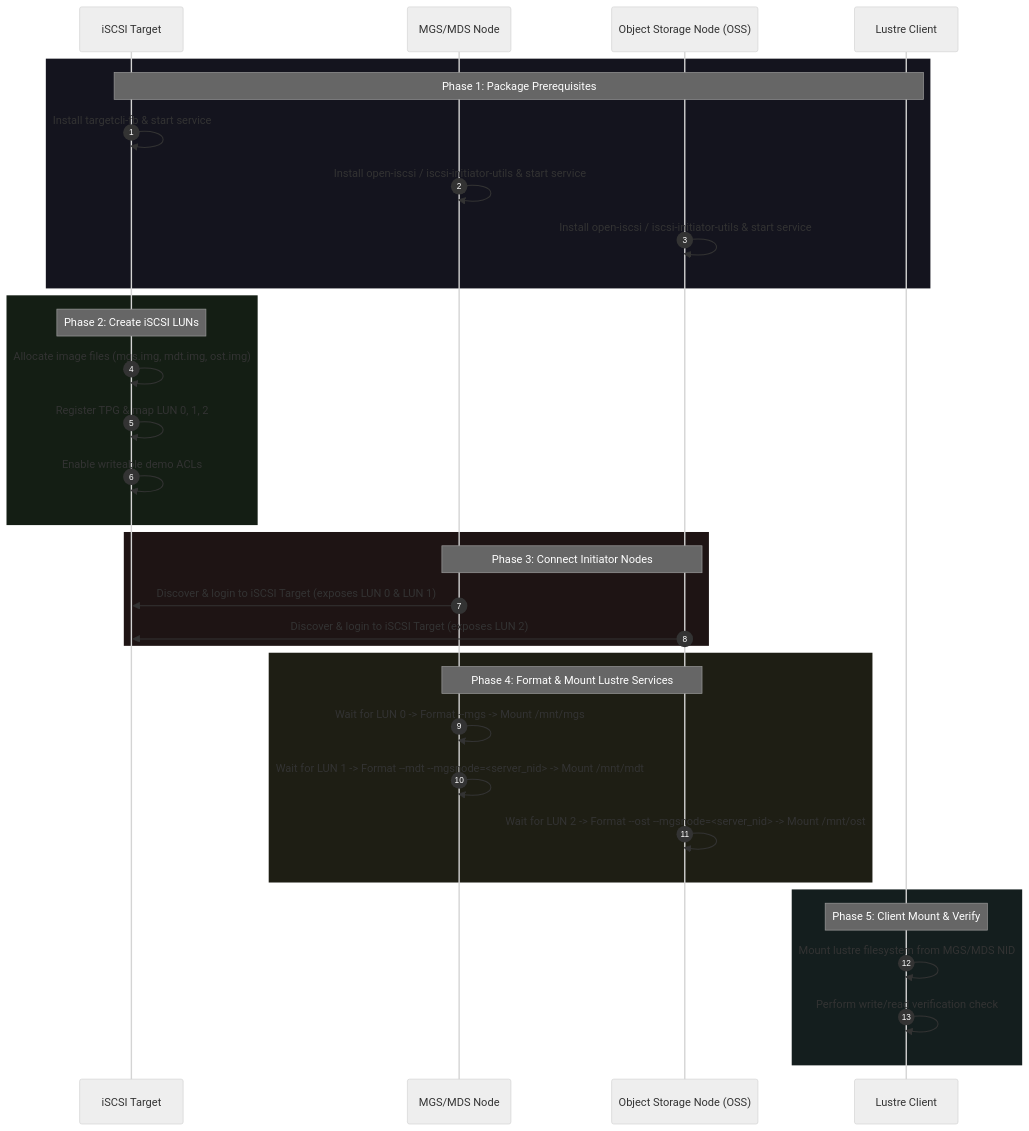
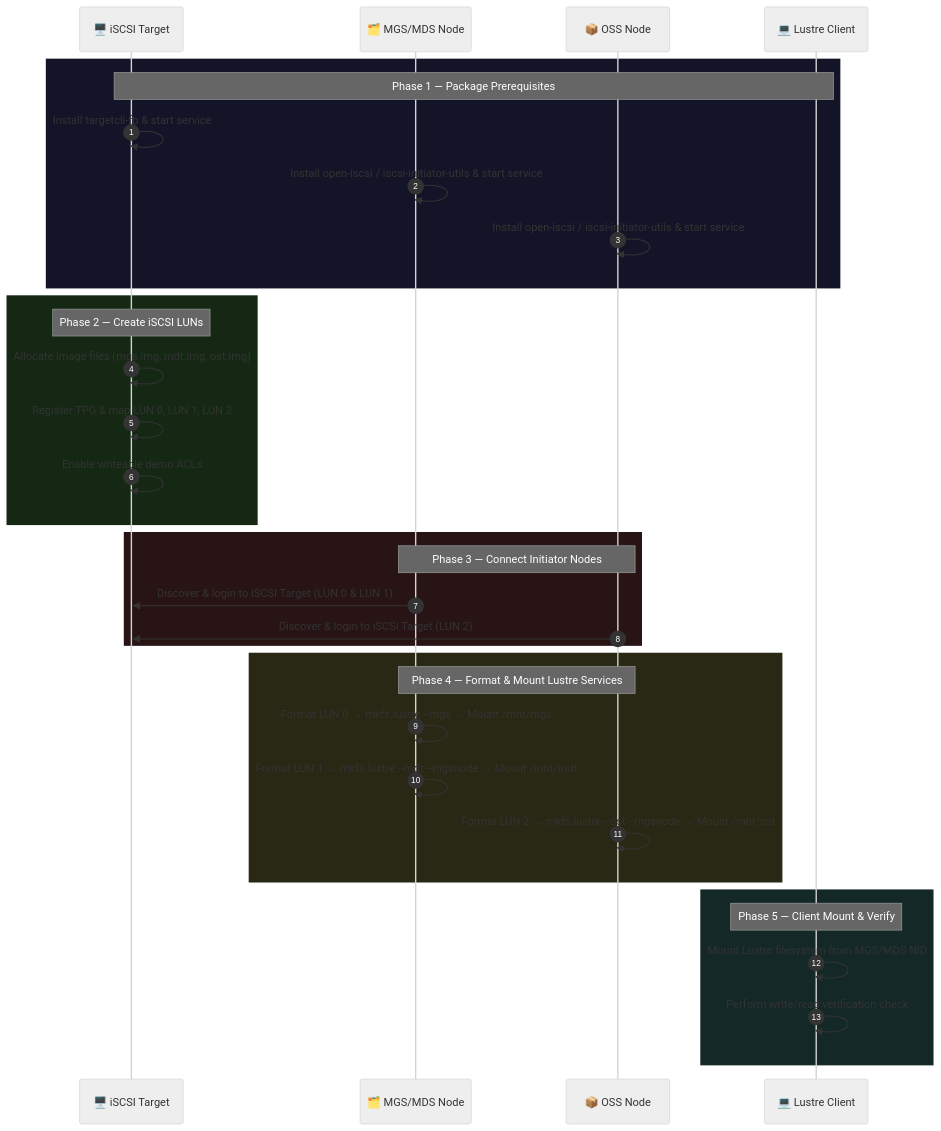
Before and after one commit to RahulPB08/iscsi: the second of 2 diagrams in Readme.md, drawn with Mermaid (neutral theme). The commit also changed other lines of this file and 4 other files, not shown here.

````diff
--- a/Readme.md
+++ b/Readme.md
@@ -37,41 +75,41 @@
 ```mermaid
 sequenceDiagram
     autonumber
-    participant Target as iSCSI Target
-    participant Server as MGS/MDS Node
-    participant OSS as Object Storage Node (OSS)
-    participant Client as Lustre Client
+    participant T  as 🖥️ iSCSI Target
+    participant M  as 🗂️ MGS/MDS Node
+    participant O  as 📦 OSS Node
+    participant C  as 💻 Lustre Client
 
-    rect rgb(20, 20, 30)
-        Note over Target,Client: Phase 1: Package Prerequisites
-        Target->>Target: Install targetcli-fb & start service
-        Server->>Server: Install open-iscsi / iscsi-initiator-utils & start service
-        OSS->>OSS: Install open-iscsi / iscsi-initiator-utils & start service
+    rect rgb(20, 20, 40)
+        Note over T,C: Phase 1 — Package Prerequisites
+        T->>T: Install targetcli-fb & start service
+        M->>M: Install open-iscsi / iscsi-initiator-utils & start service
+        O->>O: Install open-iscsi / iscsi-initiator-utils & start service
     end
 
-    rect rgb(20, 30, 20)
-        Note over Target: Phase 2: Create iSCSI LUNs
-        Target->>Target: Allocate image files (mgs.img, mdt.img, ost.img)
-        Target->>Target: Register TPG & map LUN 0, 1, 2
-        Target->>Target: Enable writeable demo ACLs
+    rect rgb(20, 40, 20)
+        Note over T: Phase 2 — Create iSCSI LUNs
+        T->>T: Allocate image files (mgs.img, mdt.img, ost.img)
+        T->>T: Register TPG & map LUN 0, LUN 1, LUN 2
+        T->>T: Enable writeable demo ACLs
     end
 
-    rect rgb(30, 20, 20)
-        Note over Server,OSS: Phase 3: Connect Initiator Nodes
-        Server->>Target: Discover & login to iSCSI Target (exposes LUN 0 & LUN 1)
-        OSS->>Target: Discover & login to iSCSI Target (exposes LUN 2)
+    rect rgb(40, 20, 20)
+        Note over M,O: Phase 3 — Connect Initiator Nodes
+        M->>T: Discover & login to iSCSI Target (LUN 0 & LUN 1)
+        O->>T: Discover & login to iSCSI Target (LUN 2)
     end
 
-    rect rgb(30, 30, 20)
-        Note over Server,OSS: Phase 4: Format & Mount Lustre Services
-        Server->>Server: Wait for LUN 0 -> Format --mgs -> Mount /mnt/mgs
-        Server->>Server: Wait for LUN 1 -> Format --mdt --mgsnode=<server_nid> -> Mount /mnt/mdt
-        OSS->>OSS: Wait for LUN 2 -> Format --ost --mgsnode=<server_nid> -> Mount /mnt/ost
+    rect rgb(40, 40, 20)
+        Note over M,O: Phase 4 — Format & Mount Lustre Services
+        M->>M: Format LUN 0 → mkfs.lustre --mgs → Mount /mnt/mgs
+        M->>M: Format LUN 1 → mkfs.lustre --mdt --mgsnode → Mount /mnt/mdt
+        O->>O: Format LUN 2 → mkfs.lustre --ost --mgsnode → Mount /mnt/ost
     end
 
-    rect rgb(20, 30, 30)
-        Note over Client: Phase 5: Client Mount & Verify
-        Client->>Client: Mount lustre filesystem from MGS/MDS NID
-        Client->>Client: Perform write/read verification check
+    rect rgb(20, 40, 40)
+        Note over C: Phase 5 — Client Mount & Verify
+        C->>C: Mount Lustre filesystem from MGS/MDS NID
+        C->>C: Perform write/read verification check
     end
 ```
````
